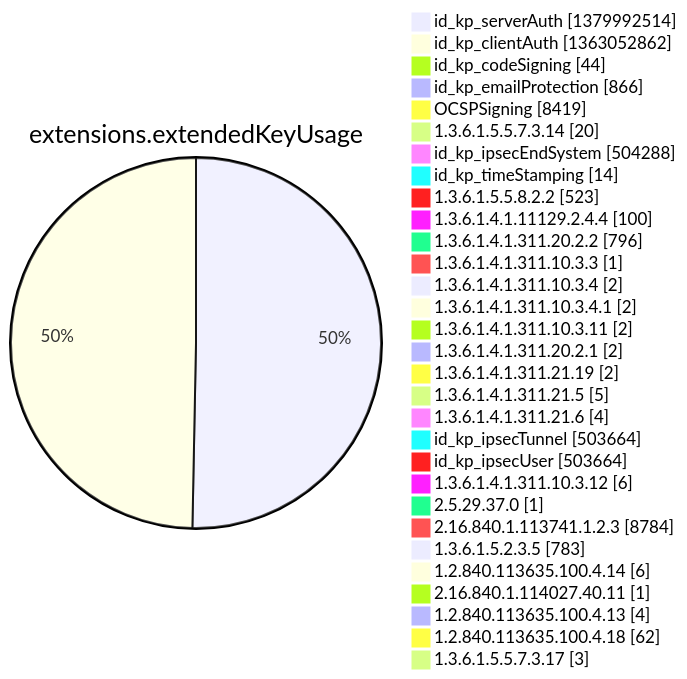
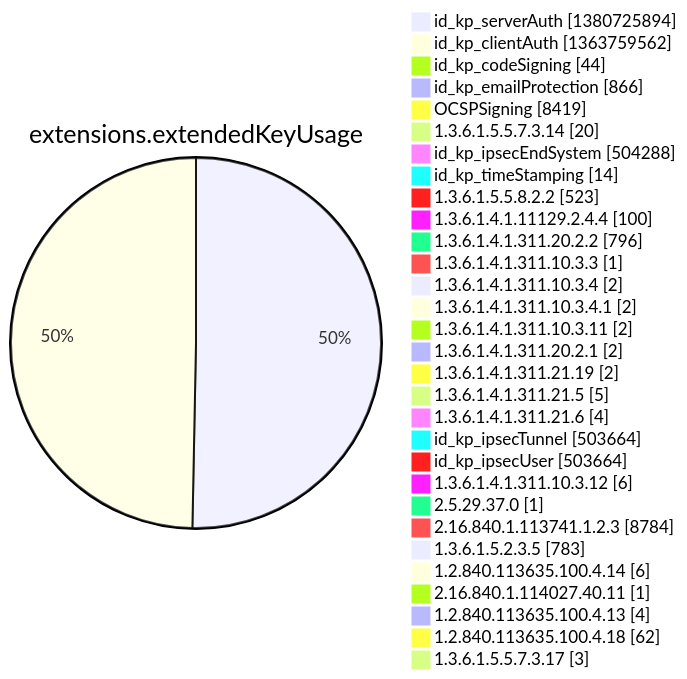
Before and after one commit to christiankrug/ctmonitor_visualization: diagram 12 of 15 in argon2022/README.md, drawn with Mermaid. The commit also changed other lines of this file, not shown here.

````diff
--- a/argon2022/README.md
+++ b/argon2022/README.md
@@ -3554,34 +3554,34 @@
 ```mermaid
 pie showData
 title extensions.extendedKeyUsage
-"id_kp_serverAuth" :1379992514
-"id_kp_clientAuth" :1363052862
+"id_kp_serverAuth" :1380725894
+"id_kp_clientAuth" :1363759562
 "id_kp_codeSigning" :44
 "id_kp_emailProtection" :866
 "OCSPSigning" :8419
 "1.3.6.1.5.5.7.3.14" :20
 "id_kp_ipsecEndSystem" :504288
 "id_kp_timeStamping" :14
 "1.3.6.1.5.5.8.2.2" :523
 "1.3.6.1.4.1.11129.2.4.4" :100
 "1.3.6.1.4.1.311.20.2.2" :796
 "1.3.6.1.4.1.311.10.3.3" :1
 "1.3.6.1.4.1.311.10.3.4" :2
 "1.3.6.1.4.1.311.10.3.4.1" :2
 "1.3.6.1.4.1.311.10.3.11" :2
 "1.3.6.1.4.1.311.20.2.1" :2
 "1.3.6.1.4.1.311.21.19" :2
 "1.3.6.1.4.1.311.21.5" :5
 "1.3.6.1.4.1.311.21.6" :4
 "id_kp_ipsecTunnel" :503664
 "id_kp_ipsecUser" :503664
 "1.3.6.1.4.1.311.10.3.12" :6
 "2.5.29.37.0" :1
 "2.16.840.1.113741.1.2.3" :8784
 "1.3.6.1.5.2.3.5" :783
 "1.2.840.113635.100.4.14" :6
 "2.16.840.1.114027.40.11" :1
 "1.2.840.113635.100.4.13" :4
 "1.2.840.113635.100.4.18" :62
 "1.3.6.1.5.5.7.3.17" :3
 ```
````
